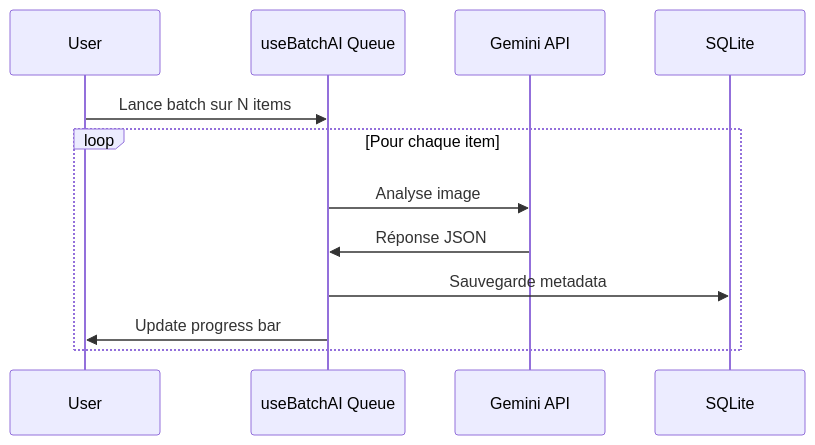
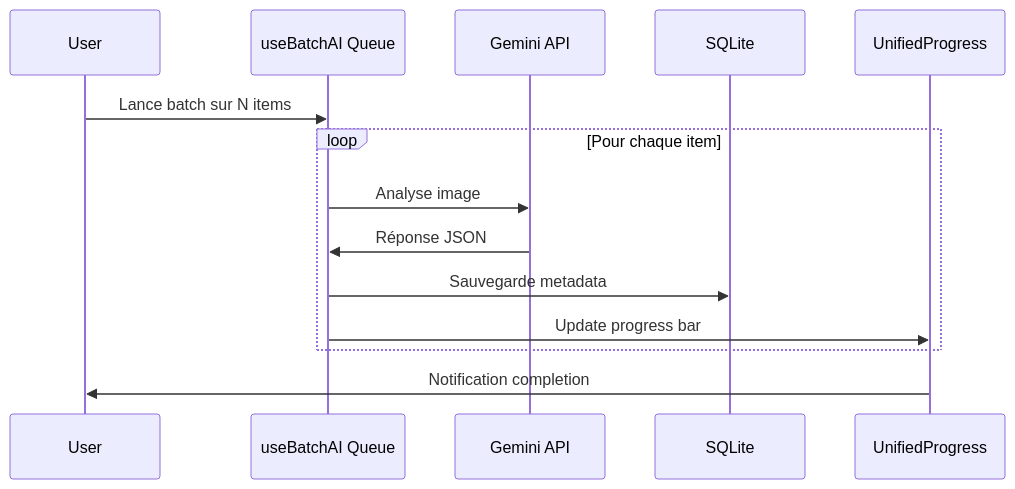
One commit to groovybronx/portf84 changed the diagram in docs/AI_SERVICE.md. Above: the diagram before and after it, drawn with Mermaid. The commit also changed other lines of this file and 10 other files, not shown here.

````diff
--- a/docs/AI_SERVICE.md
+++ b/docs/AI_SERVICE.md
@@ -66,15 +219,17 @@
 ```mermaid
 sequenceDiagram
     participant U as User
     participant Q as useBatchAI Queue
     participant G as Gemini API
     participant DB as SQLite
+    participant UI as UnifiedProgress
 
     U->>Q: Lance batch sur N items
     loop Pour chaque item
         Q->>G: Analyse image
         G->>Q: Réponse JSON
         Q->>DB: Sauvegarde metadata
-        Q->>U: Update progress bar
+        Q->>UI: Update progress bar
     end
+    UI->>U: Notification completion
 ```
````
